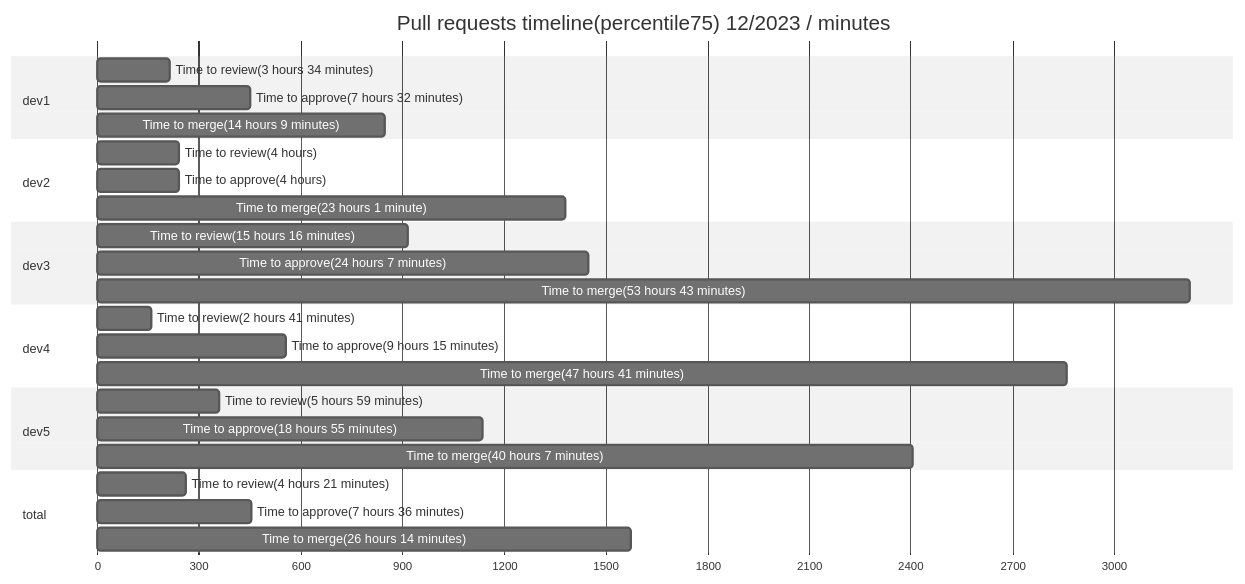
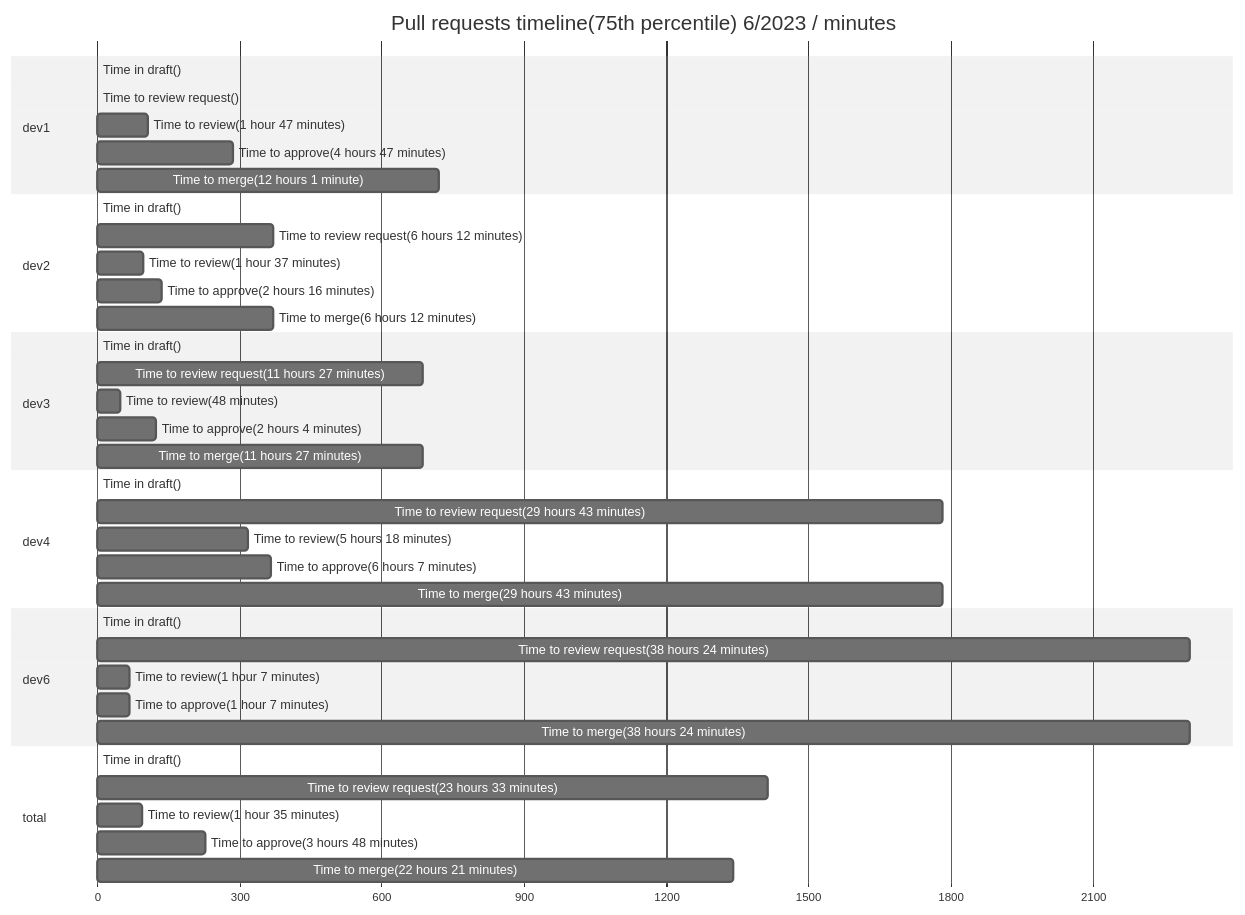
The second of 9 diagrams in examples/periodReport.md (AlexSim93/pull-request-analytics-action), drawn with Mermaid (neutral theme) before and after one commit. The commit also changed other lines of this file and 7 other files, not shown here.

````diff
--- a/examples/periodReport.md
+++ b/examples/periodReport.md
@@ -39,36 +149,48 @@
 ```mermaid
 gantt
-title Pull requests timeline(percentile75) 12/2023 / minutes
+title Pull requests timeline(75th percentile) 6/2023 / minutes
 dateFormat X
 axisFormat %s
 section dev1
-                Time to review(3 hours 34 minutes) :  0, 214
-Time to approve(7 hours 32 minutes) :  0, 452
-Time to merge(14 hours 9 minutes) :  0, 849
+                Time in draft() :  0, 0
+Time to review request() :  0, 0
+Time to review(1 hour 47 minutes) :  0, 107
+Time to approve(4 hours 47 minutes) :  0, 287
+Time to merge(12 hours 1 minute) :  0, 721
 
 section dev2
-                Time to review(4 hours) :  0, 240
-Time to approve(4 hours) :  0, 240
-Time to merge(23 hours 1 minute) :  0, 1381
+                Time in draft() :  0, 0
+Time to review request(6 hours 12 minutes) :  0, 372
+Time to review(1 hour 37 minutes) :  0, 97
+Time to approve(2 hours 16 minutes) :  0, 136
+Time to merge(6 hours 12 minutes) :  0, 372
 
 section dev3
-                Time to review(15 hours 16 minutes) :  0, 916
-Time to approve(24 hours 7 minutes) :  0, 1447
-Time to merge(53 hours 43 minutes) :  0, 3223
+                Time in draft() :  0, 0
+Time to review request(11 hours 27 minutes) :  0, 687
+Time to review(48 minutes) :  0, 48
+Time to approve(2 hours 4 minutes) :  0, 124
+Time to merge(11 hours 27 minutes) :  0, 687
 
 section dev4
-                Time to review(2 hours 41 minutes) :  0, 161
-Time to approve(9 hours 15 minutes) :  0, 555
-Time to merge(47 hours 41 minutes) :  0, 2861
+                Time in draft() :  0, 0
+Time to review request(29 hours 43 minutes) :  0, 1783
+Time to review(5 hours 18 minutes) :  0, 318
+Time to approve(6 hours 7 minutes) :  0, 367
+Time to merge(29 hours 43 minutes) :  0, 1783
 
-section dev5
-                Time to review(5 hours 59 minutes) :  0, 359
-Time to approve(18 hours 55 minutes) :  0, 1135
-Time to merge(40 hours 7 minutes) :  0, 2407
+section dev6
+                Time in draft() :  0, 0
+Time to review request(38 hours 24 minutes) :  0, 2304
+Time to review(1 hour 7 minutes) :  0, 67
+Time to approve(1 hour 7 minutes) :  0, 67
+Time to merge(38 hours 24 minutes) :  0, 2304
 
 section total
-                Time to review(4 hours 21 minutes) :  0, 261
-Time to approve(7 hours 36 minutes) :  0, 456
-Time to merge(26 hours 14 minutes) :  0, 1574
+                Time in draft() :  0, 0
+Time to review request(23 hours 33 minutes) :  0, 1413
+Time to review(1 hour 35 minutes) :  0, 95
+Time to approve(3 hours 48 minutes) :  0, 228
+Time to merge(22 hours 21 minutes) :  0, 1341
 
 ```
````
